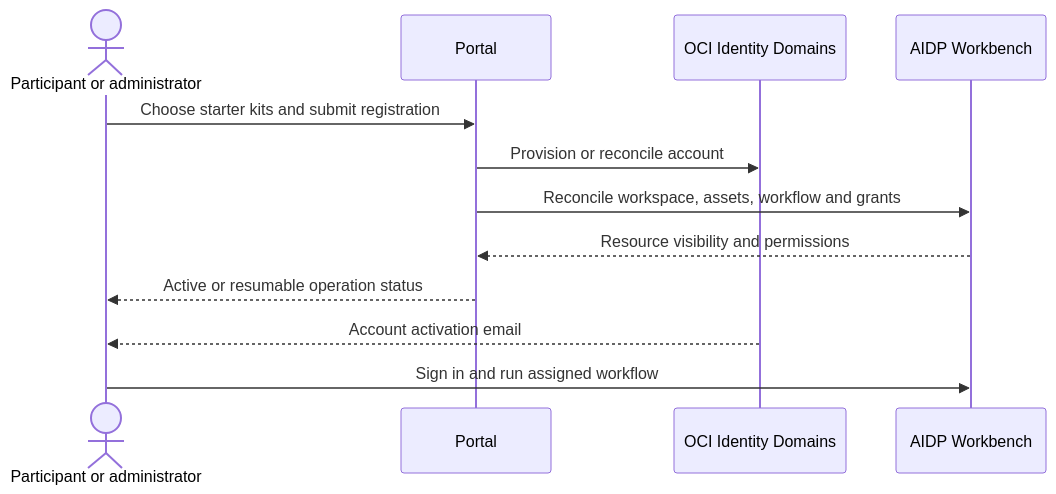
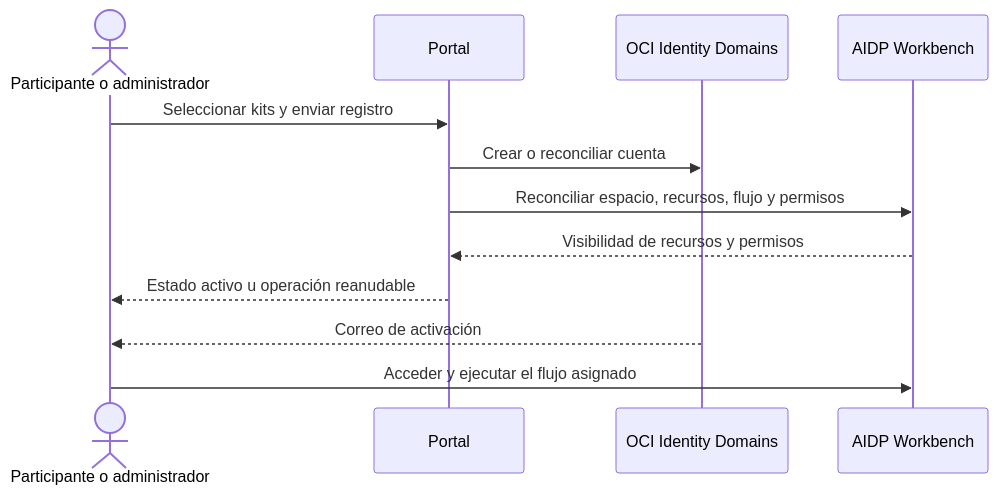
The diagram in docs/getting-started.md (jgangini/oci-ai-data-platform-workbench-starter-kits), drawn with Mermaid before and after one commit. The commit also changed other lines of this file and 1245 other files, not shown here.

````diff
--- a/docs/getting-started.md
+++ b/docs/getting-started.md
@@ -49,14 +48,14 @@
 ```mermaid
 sequenceDiagram
-    actor User as Participant or administrator
+    actor User as Participante o administrador
     participant Portal
     participant Identity as OCI Identity Domains
     participant AIDP as AIDP Workbench
-    User->>Portal: Choose starter kits and submit registration
-    Portal->>Identity: Provision or reconcile account
-    Portal->>AIDP: Reconcile workspace, assets, workflow and grants
-    AIDP-->>Portal: Resource visibility and permissions
-    Portal-->>User: Active or resumable operation status
-    Identity-->>User: Account activation email
-    User->>AIDP: Sign in and run assigned workflow
+    User->>Portal: Seleccionar kits y enviar registro
+    Portal->>Identity: Crear o reconciliar cuenta
+    Portal->>AIDP: Reconciliar espacio, recursos, flujo y permisos
+    AIDP-->>Portal: Visibilidad de recursos y permisos
+    Portal-->>User: Estado activo u operación reanudable
+    Identity-->>User: Correo de activación
+    User->>AIDP: Acceder y ejecutar el flujo asignado
 ```
````
